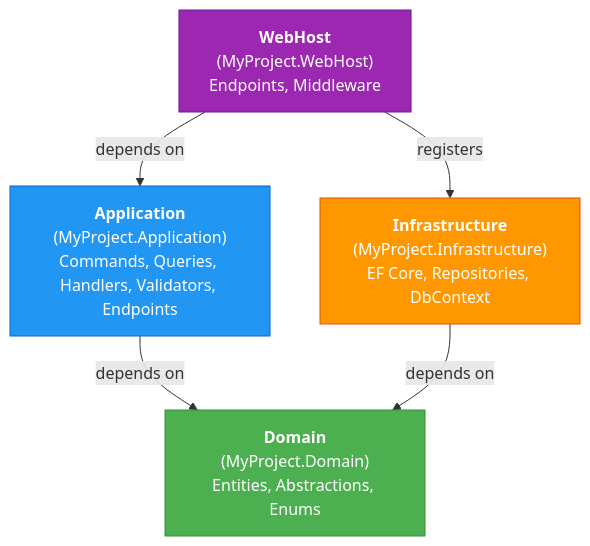
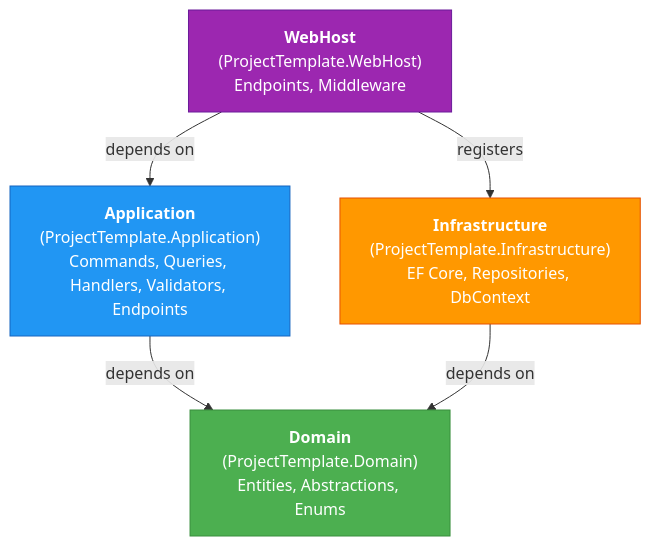
Before and after one commit to benjamin-pham/ProjectDemo: the diagram in Architect.md, drawn with Mermaid. The commit also changed 334 other files, not shown here.

````diff
--- a/Architect.md
+++ b/Architect.md
@@ -1,17 +1,17 @@
 ```mermaid
 graph TD
-    WebHost["<b>WebHost</b><br/>(MyProject.WebHost)<br/>Endpoints, Middleware"]
-    APP["<b>Application</b><br/>(MyProject.Application)<br/>Commands, Queries, Handlers, Validators, Endpoints"]
-    INF["<b>Infrastructure</b><br/>(MyProject.Infrastructure)<br/>EF Core, Repositories, DbContext"]
-    DOM["<b>Domain</b><br/>(MyProject.Domain)<br/>Entities, Abstractions, Enums"]
+    WebHost["<b>WebHost</b><br/>(ProjectTemplate.WebHost)<br/>Endpoints, Middleware"]
+    APP["<b>Application</b><br/>(ProjectTemplate.Application)<br/>Commands, Queries, Handlers, Validators, Endpoints"]
+    INF["<b>Infrastructure</b><br/>(ProjectTemplate.Infrastructure)<br/>EF Core, Repositories, DbContext"]
+    DOM["<b>Domain</b><br/>(ProjectTemplate.Domain)<br/>Entities, Abstractions, Enums"]
 
     WebHost -->|depends on| APP
     WebHost -->|registers| INF
     APP -->|depends on| DOM
     INF -->|depends on| DOM
 
     style DOM fill:#4CAF50,color:#fff,stroke:#388E3C
     style APP fill:#2196F3,color:#fff,stroke:#1565C0
     style INF fill:#FF9800,color:#fff,stroke:#E65100
     style WebHost fill:#9C27B0,color:#fff,stroke:#6A1B9A
 ```
````
